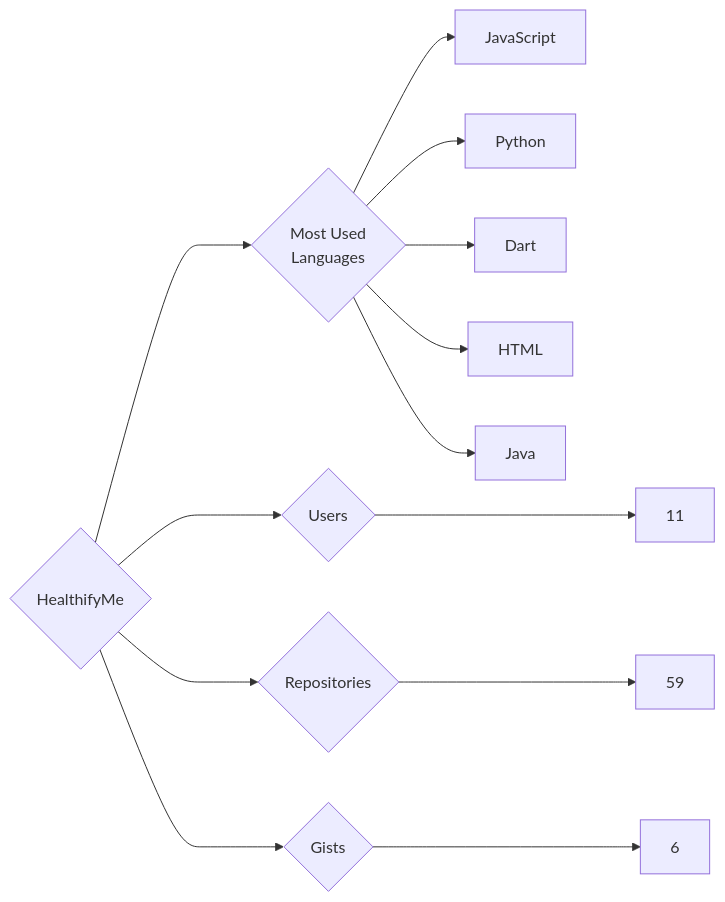
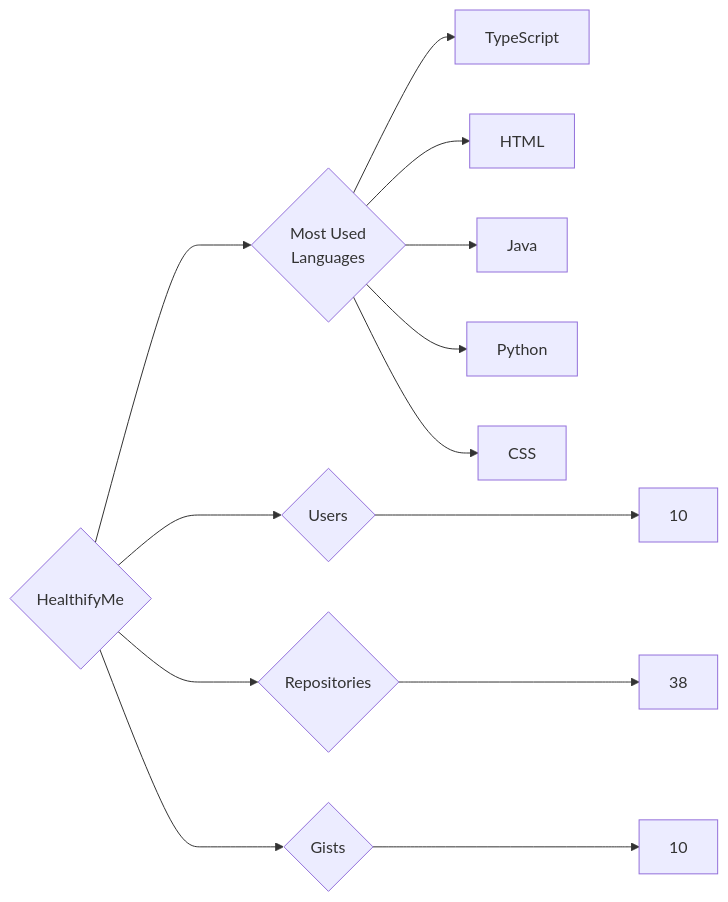
The diagram in targets/HealthifyMe/README.md (trickest/insiders), drawn with Mermaid before and after one commit. The commit also changed 1238 other files, not shown here.

````diff
--- a/targets/HealthifyMe/README.md
+++ b/targets/HealthifyMe/README.md
@@ -3,13 +3,13 @@
 ```mermaid
 graph LR
 COMPANY_NAME{HealthifyMe}
-COMPANY_NAME ---> U{Users} ---> UN[11]
-COMPANY_NAME ---> R{Repositories} ---> RN[59]
-COMPANY_NAME ---> G{Gists} ---> GN[6]
+COMPANY_NAME ---> U{Users} ---> UN[10]
+COMPANY_NAME ---> R{Repositories} ---> RN[38]
+COMPANY_NAME ---> G{Gists} ---> GN[10]
 COMPANY_NAME ---> ML{Most Used<br>Languages}
-ML --> JavaScript[JavaScript]
-ML --> Python[Python]
-ML --> Dart[Dart]
+ML --> TypeScript[TypeScript]
 ML --> HTML[HTML]
 ML --> Java[Java]
+ML --> Python[Python]
+ML --> CSS[CSS]
 ```
````
